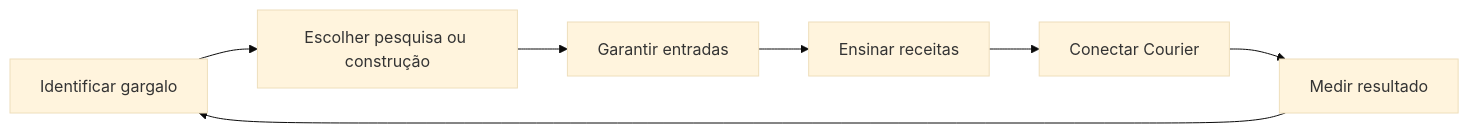
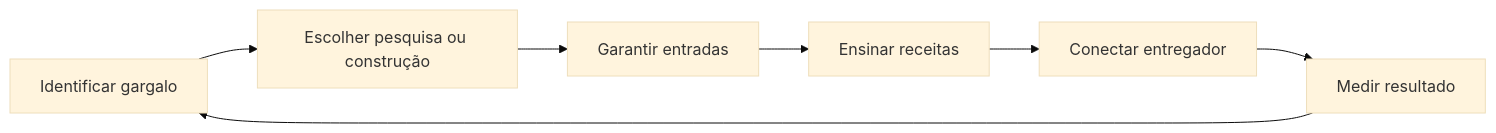
One commit to addandias/minecolonies-vault changed the diagram in content/08 - Planejamento/Colônia intermediária.md. Above: the diagram before and after it, drawn with Mermaid (base theme). The commit also changed other lines of this file and 127 other files, not shown here.

````diff
--- a/content/08 - Planejamento/Colônia intermediária.md
+++ b/content/08 - Planejamento/Colônia intermediária.md
@@ -46,9 +46,9 @@
 ```mermaid
 flowchart LR
     A["Identificar gargalo"] --> B["Escolher pesquisa ou construção"]
     B --> C["Garantir entradas"]
     C --> D["Ensinar receitas"]
-    D --> E["Conectar Courier"]
+    D --> E["Conectar entregador"]
     E --> F["Medir resultado"]
     F --> A
 ```
````
